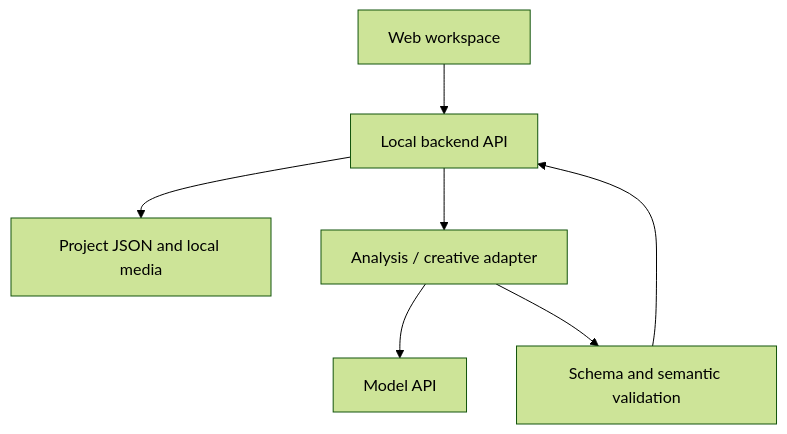
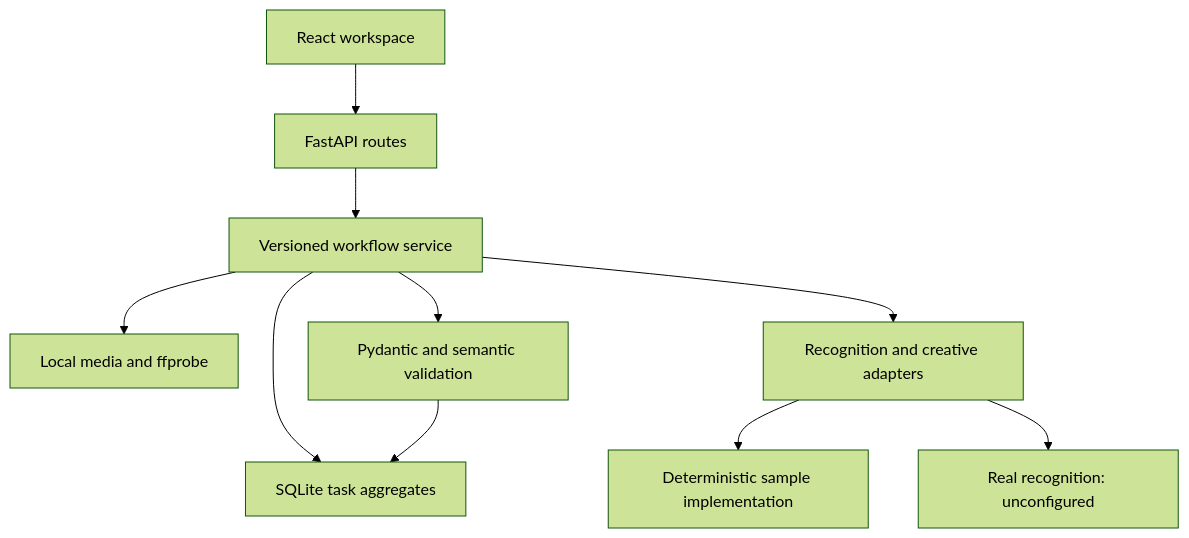
One commit to Frankwu899/586-project changed the diagram in docs/architecture.md. Above: the diagram before and after it, drawn with Mermaid (forest theme). The commit also changed other lines of this file and 73 other files, not shown here.

````diff
--- a/docs/architecture.md
+++ b/docs/architecture.md
@@ -18,9 +19,12 @@
 ```mermaid
 flowchart TD
-    UI["Web workspace"] --> API["Local backend API"]
-    API --> STORE["Project JSON and local media"]
-    API --> ADAPTER["Analysis / creative adapter"]
-    ADAPTER --> MODEL["Model API"]
-    ADAPTER --> VALIDATE["Schema and semantic validation"]
-    VALIDATE --> API
+    UI[React workspace] --> API[FastAPI routes]
+    API --> SERVICE[Versioned workflow service]
+    SERVICE --> STORE[SQLite task aggregates]
+    SERVICE --> MEDIA[Local media and ffprobe]
+    SERVICE --> ADAPTER[Recognition and creative adapters]
+    ADAPTER --> SAMPLE[Deterministic sample implementation]
+    ADAPTER --> REAL[Real recognition: unconfigured]
+    SERVICE --> VALIDATE[Pydantic and semantic validation]
+    VALIDATE --> STORE
 ```
````
